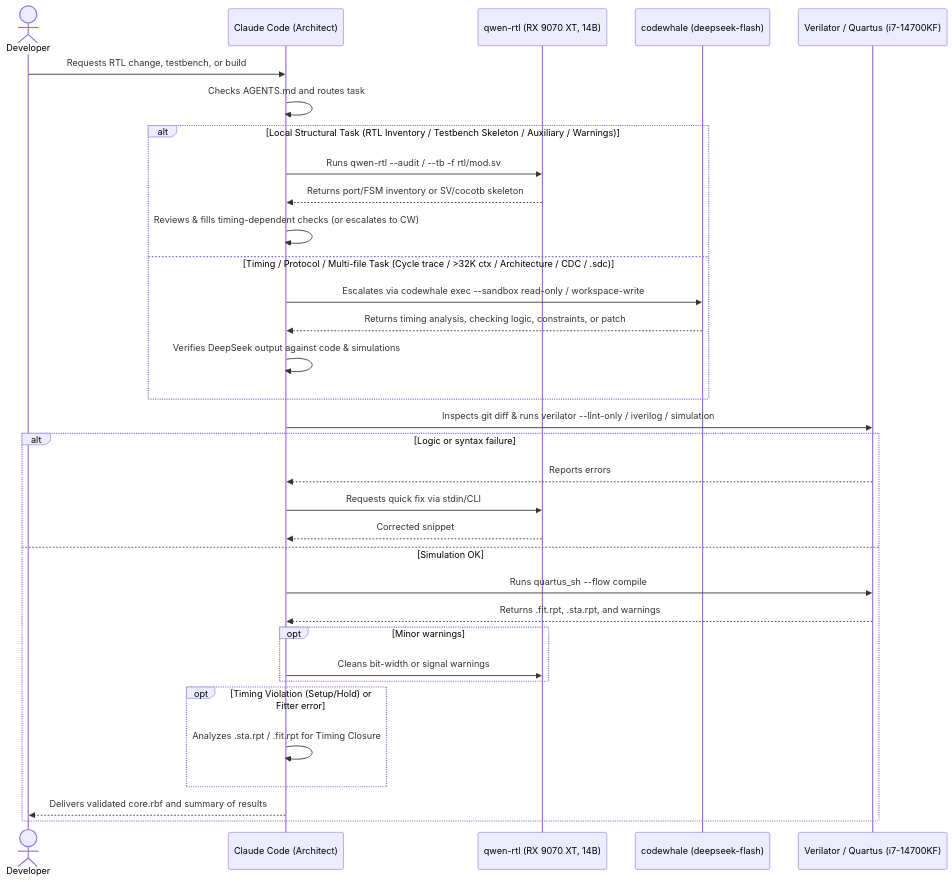
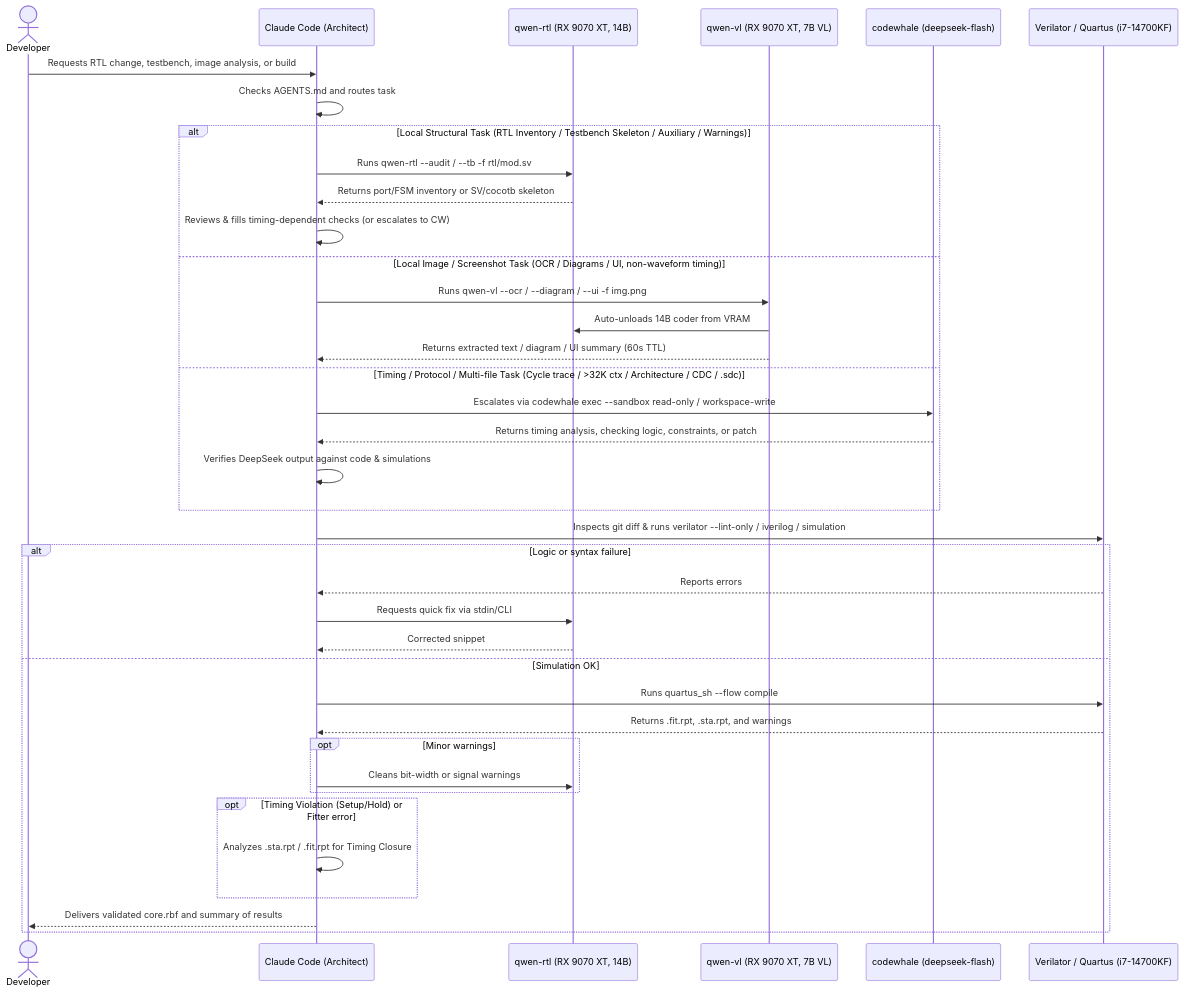
Before and after one commit to DanimanX/9070FpgaIAWorkflow: the second of 3 diagrams in docs/ai-fpga-workflow.md, drawn with Mermaid. The commit also changed other lines of this file and 1 other file, not shown here.

Commit message:
docs: add qwen-vl to architecture and workflow Mermaid diagrams

````diff
--- a/docs/ai-fpga-workflow.md
+++ b/docs/ai-fpga-workflow.md
@@ -44,39 +47,44 @@
 ```mermaid
 sequenceDiagram
     actor Dev as Developer
     participant Claude as Claude Code (Architect)
     participant Qwen as qwen-rtl (RX 9070 XT, 14B)
+    participant QwenVL as qwen-vl (RX 9070 XT, 7B VL)
     participant CW as codewhale (deepseek-flash)
     participant Tools as Verilator / Quartus (i7-14700KF)
 
-    Dev->>Claude: Requests RTL change, testbench, or build
+    Dev->>Claude: Requests RTL change, testbench, image analysis, or build
     Claude->>Claude: Checks AGENTS.md and routes task
 
     alt Local Structural Task (RTL Inventory / Testbench Skeleton / Auxiliary / Warnings)
         Claude->>Qwen: Runs qwen-rtl --audit / --tb -f rtl/mod.sv
         Qwen-->>Claude: Returns port/FSM inventory or SV/cocotb skeleton
         Claude->>Claude: Reviews & fills timing-dependent checks (or escalates to CW)
+    else Local Image / Screenshot Task (OCR / Diagrams / UI, non-waveform timing)
+        Claude->>QwenVL: Runs qwen-vl --ocr / --diagram / --ui -f img.png
+        QwenVL->>Qwen: Auto-unloads 14B coder from VRAM
+        QwenVL-->>Claude: Returns extracted text / diagram / UI summary (60s TTL)
     else Timing / Protocol / Multi-file Task (Cycle trace / >32K ctx / Architecture / CDC / .sdc)
         Claude->>CW: Escalates via codewhale exec --sandbox read-only / workspace-write
         CW-->>Claude: Returns timing analysis, checking logic, constraints, or patch
         Claude->>Claude: Verifies DeepSeek output against code & simulations
     end
 
     Claude->>Tools: Inspects git diff & runs verilator --lint-only / iverilog / simulation
 
     alt Logic or syntax failure
         Tools-->>Claude: Reports errors
         Claude->>Qwen: Requests quick fix via stdin/CLI
         Qwen-->>Claude: Corrected snippet
     else Simulation OK
         Claude->>Tools: Runs quartus_sh --flow compile
         Tools-->>Claude: Returns .fit.rpt, .sta.rpt, and warnings
         opt Minor warnings
             Claude->>Qwen: Cleans bit-width or signal warnings
         end
         opt Timing Violation (Setup/Hold) or Fitter error
             Claude->>Claude: Analyzes .sta.rpt / .fit.rpt for Timing Closure
         end
         Claude-->>Dev: Delivers validated core.rbf and summary of results
     end
 ```
````
